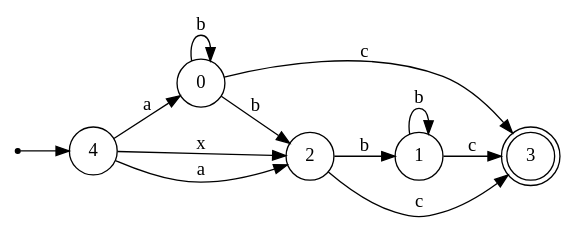
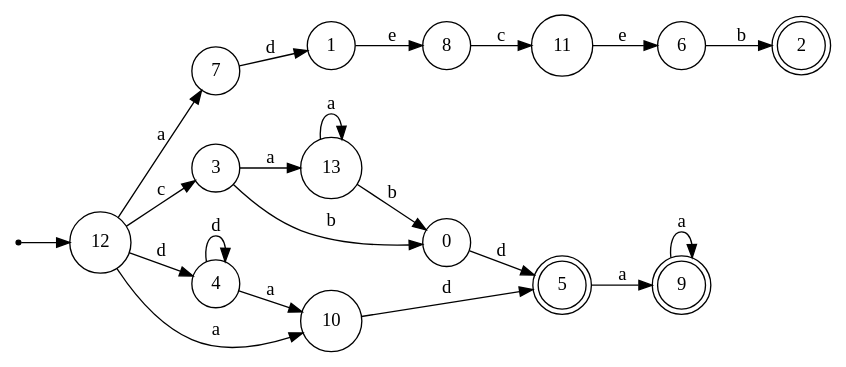
The diagram in minimized/left.gv (LeonardoDeFaveri/NFA-minimization), drawn with Graphviz before and after one commit. The commit also changed 12 other files, not shown here.

```diff
--- a/minimized/left.gv
+++ b/minimized/left.gv
@@ -1,21 +1,39 @@
 digraph {
 	rankdir = LR;
 	size = "30,20";
 	node [shape = point]; "dummy0"
-	node [shape = circle]; "4"
-	"dummy0" -> "4";
+	node [shape = circle]; "12"
+	"dummy0" -> "12";
+	node [shape = circle]; "11";
+	node [shape = circle]; "4";
+	node [shape = circle]; "6";
+	node [shape = doublecircle]; "2";
+	node [shape = circle]; "7";
+	node [shape = doublecircle]; "5";
+	node [shape = circle]; "8";
+	node [shape = circle]; "3";
+	node [shape = doublecircle]; "9";
+	node [shape = circle]; "10";
+	node [shape = circle]; "0";
+	node [shape = circle]; "13";
 	node [shape = circle]; "1";
-	node [shape = circle]; "0";
-	node [shape = circle]; "2";
-	node [shape = doublecircle]; "3";
-	"0" -> "0" [label = "b"];
-	"0" -> "2" [label = "b"];
-	"0" -> "3" [label = "c"];
-	"4" -> "2" [label = "x"];
-	"4" -> "0" [label = "a"];
-	"4" -> "2" [label = "a"];
-	"1" -> "3" [label = "c"];
-	"1" -> "1" [label = "b"];
-	"2" -> "3" [label = "c"];
-	"2" -> "1" [label = "b"];
+	"1" -> "8" [label = "e"];
+	"13" -> "13" [label = "a"];
+	"13" -> "0" [label = "b"];
+	"5" -> "9" [label = "a"];
+	"9" -> "9" [label = "a"];
+	"4" -> "10" [label = "a"];
+	"4" -> "4" [label = "d"];
+	"6" -> "2" [label = "b"];
+	"0" -> "5" [label = "d"];
+	"10" -> "5" [label = "d"];
+	"3" -> "13" [label = "a"];
+	"3" -> "0" [label = "b"];
+	"12" -> "10" [label = "a"];
+	"12" -> "7" [label = "a"];
+	"12" -> "4" [label = "d"];
+	"12" -> "3" [label = "c"];
+	"8" -> "11" [label = "c"];
+	"11" -> "6" [label = "e"];
+	"7" -> "1" [label = "d"];
 }
```
